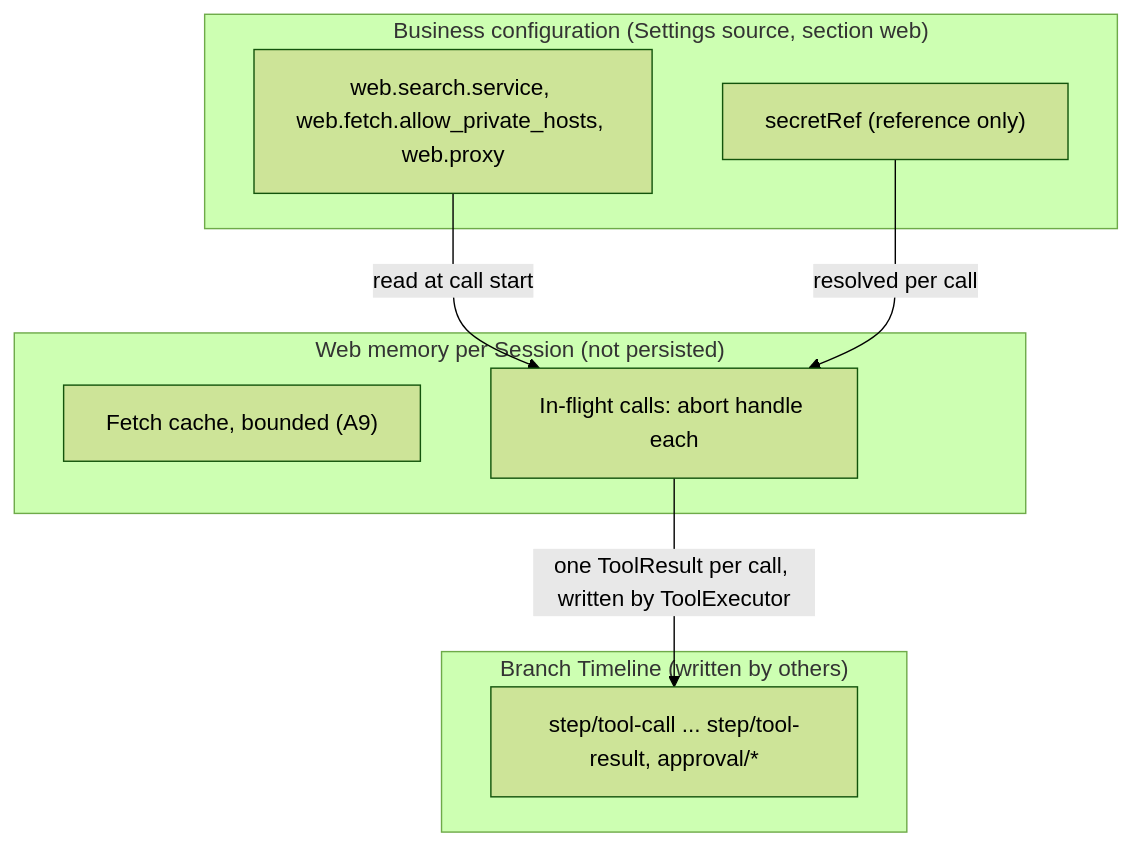
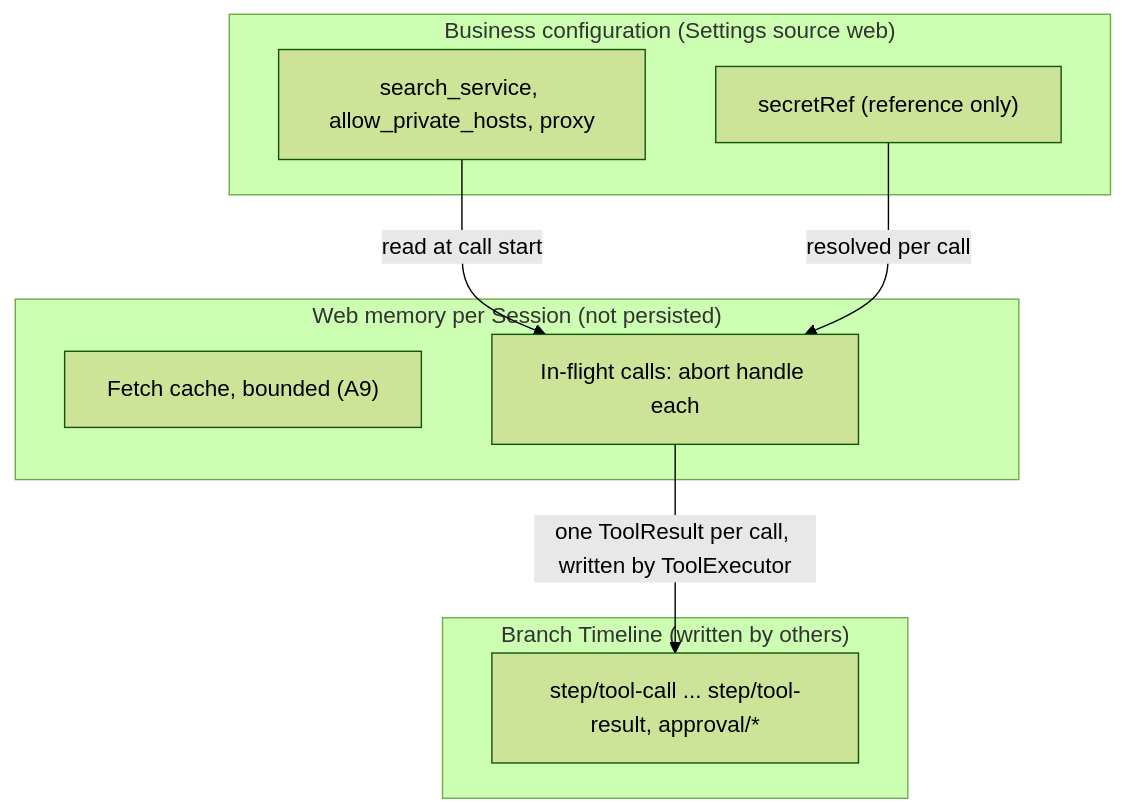
The second of 5 diagrams in docs/design/plugins/Web.md (CoutinhoTTS/dim-agent), drawn with Mermaid (forest theme) before and after one commit. The commit also changed other lines of this file and 27 other files, not shown here.

````diff
--- a/docs/design/plugins/Web.md
+++ b/docs/design/plugins/Web.md
@@ -40,17 +40,17 @@
 ```mermaid
 flowchart TB
-  subgraph CFG["Business configuration (Settings source, section web)"]
-    WebCfg["web.search.service, web.fetch.allow_private_hosts, web.proxy"]
+  subgraph CFG["Business configuration (Settings source web)"]
+    WebCfg["search_service, allow_private_hosts, proxy"]
     Secret["secretRef (reference only)"]
   end
   subgraph MEM["Web memory per Session (not persisted)"]
     Cache["Fetch cache, bounded (A9)"]
     Inflight["In-flight calls: abort handle each"]
   end
   subgraph TL["Branch Timeline (written by others)"]
     Calls["step/tool-call ... step/tool-result, approval/*"]
   end
   WebCfg -->|"read at call start"| Inflight
   Secret -->|"resolved per call"| Inflight
   Inflight -->|"one ToolResult per call, written by ToolExecutor"| Calls
 ```
````
